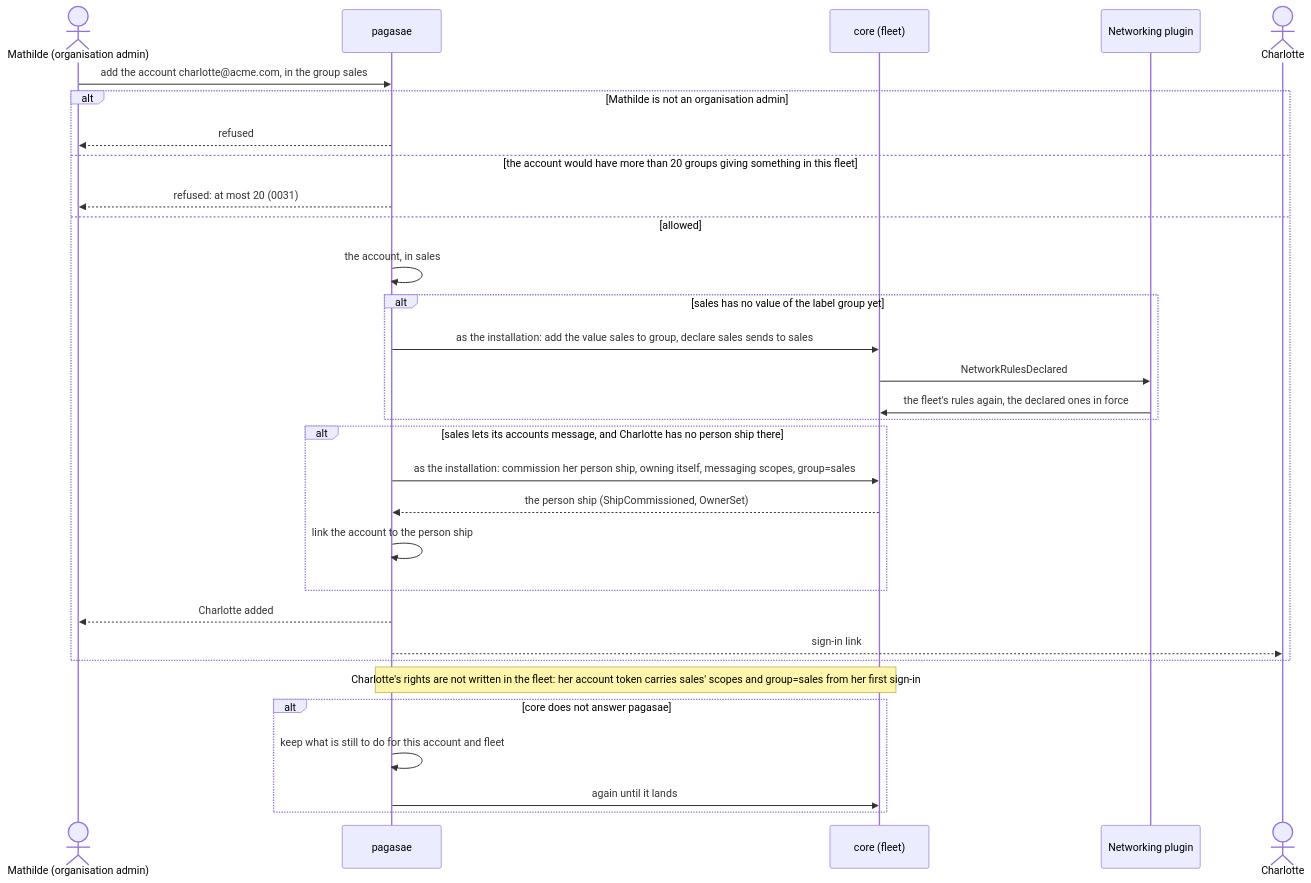
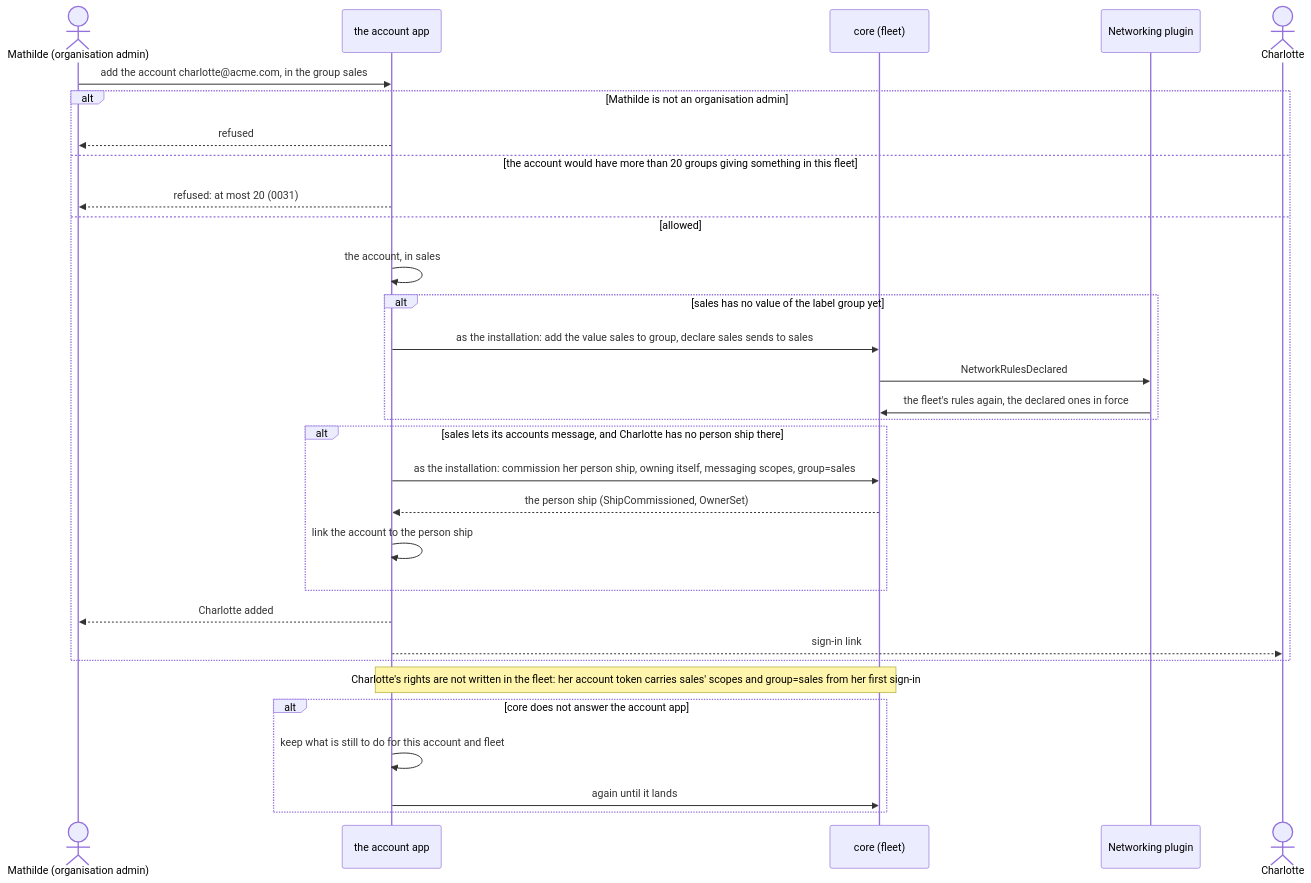
The second of 11 diagrams in docs/design/accounts/phase-2/flows.md (ThomasHendrickx/aeolus-fleet), drawn with Mermaid before and after one commit. The commit also changed other lines of this file and 157 other files, not shown here.

Commit message:
refactor: use neutral account app terminology

````diff
--- a/docs/design/accounts/phase-2/flows.md
+++ b/docs/design/accounts/phase-2/flows.md
@@ -42,33 +42,33 @@
 ```mermaid
 sequenceDiagram
   actor M as Mathilde (organisation admin)
-  participant P as pagasae
+  participant P as the account app
   participant C as core (fleet)
   participant N as Networking plugin
   actor CH as Charlotte
   M->>P: add the account charlotte@acme.com, in the group sales
   alt Mathilde is not an organisation admin
     P-->>M: refused
   else the account would have more than 20 groups giving something in this fleet
     P-->>M: refused: at most 20 (0031)
   else allowed
     P->>P: the account, in sales
     alt sales has no value of the label group yet
       P->>C: as the installation: add the value sales to group, declare sales sends to sales
       C->>N: NetworkRulesDeclared
       N->>C: the fleet's rules again, the declared ones in force
     end
     alt sales lets its accounts message, and Charlotte has no person ship there
       P->>C: as the installation: commission her person ship, owning itself, messaging scopes, group=sales
       C-->>P: the person ship (ShipCommissioned, OwnerSet)
       P->>P: link the account to the person ship
     end
     P-->>M: Charlotte added
     P-->>CH: sign-in link
   end
   Note over P,C: Charlotte's rights are not written in the fleet: her account token carries sales' scopes and group=sales from her first sign-in
-  alt core does not answer pagasae
+  alt core does not answer the account app
     P->>P: keep what is still to do for this account and fleet
     P->>C: again until it lands
   end
 ```
````
